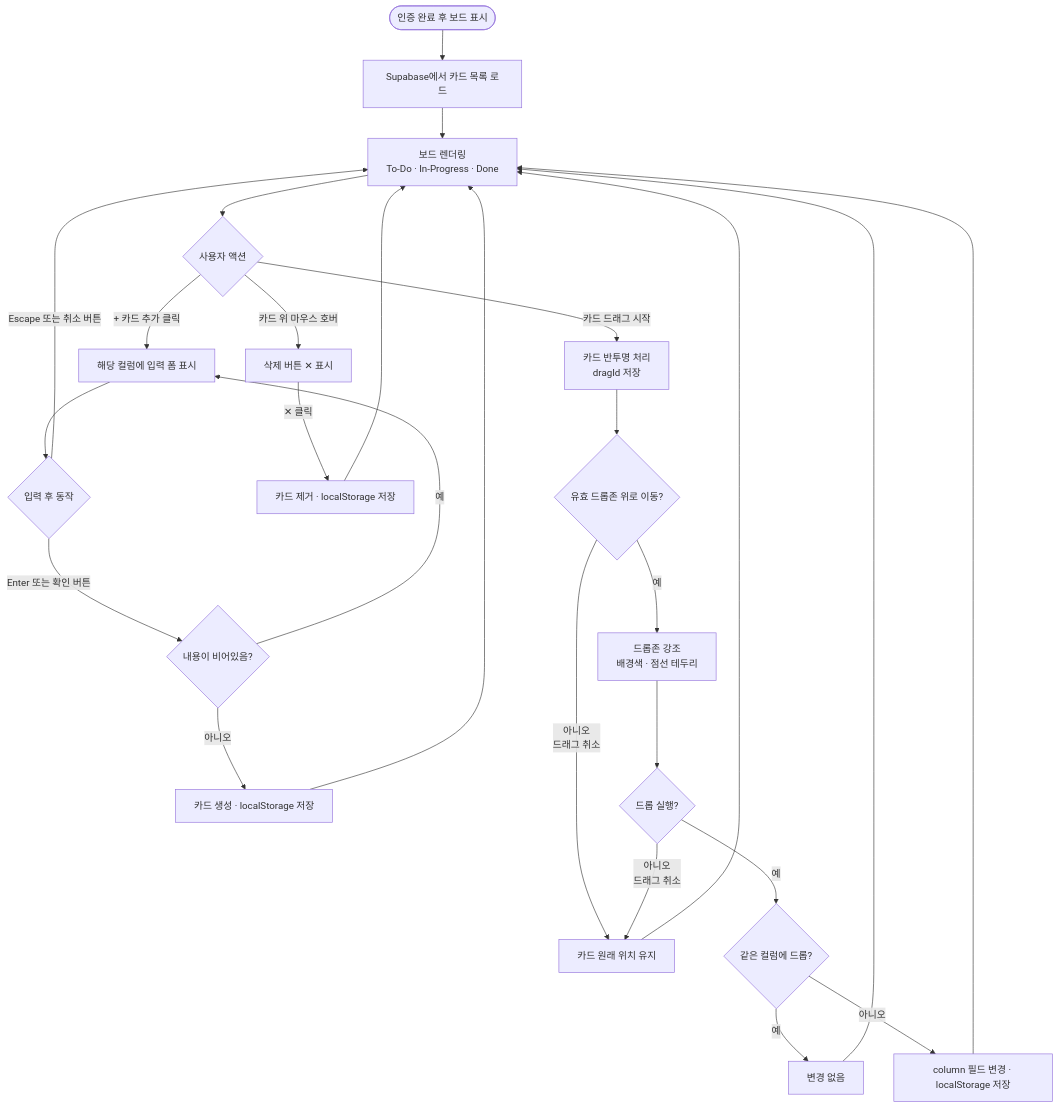
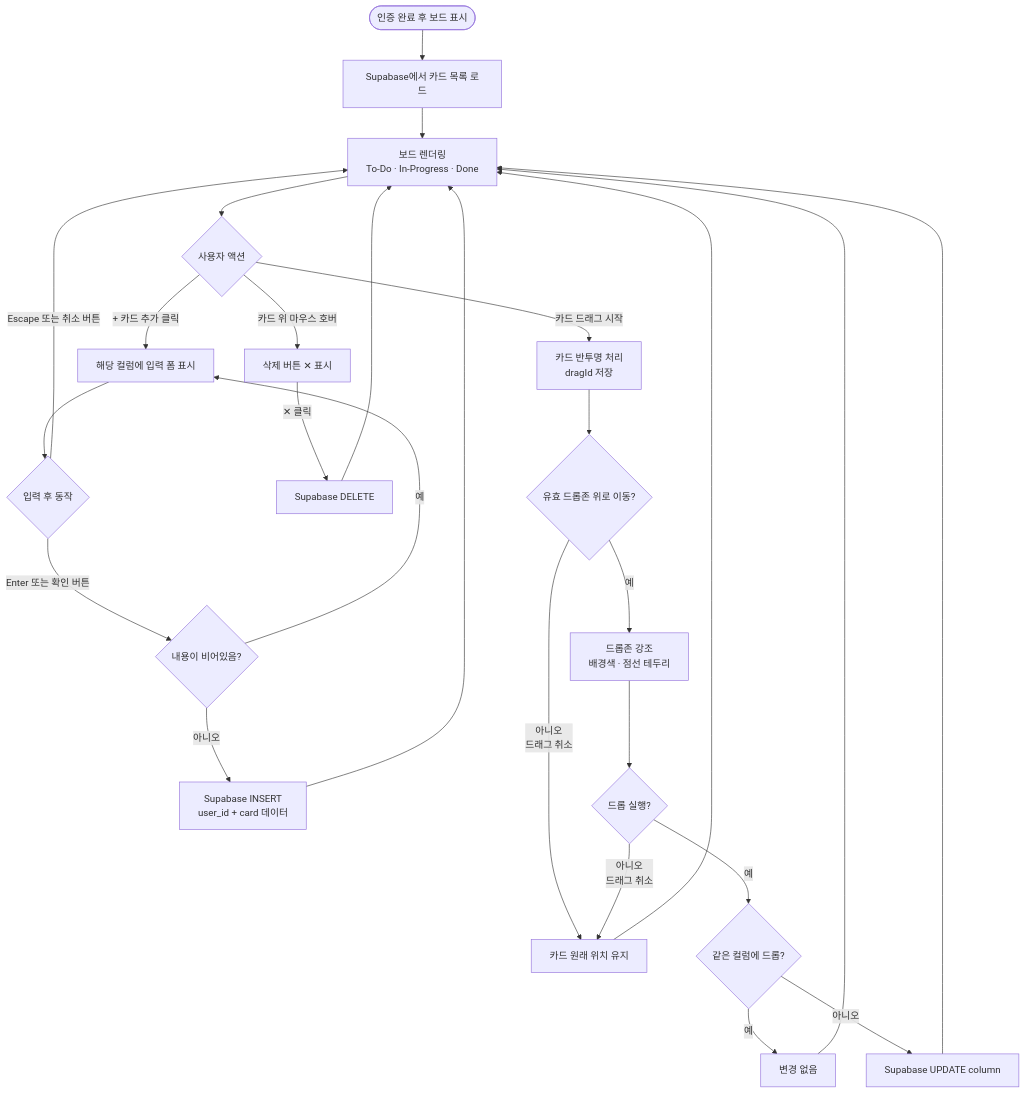
Before and after one commit to ksl3011/TEST_KANBAN: the second of 4 diagrams in UserFlow.md, drawn with Mermaid. The commit also changed other lines of this file and 6 other files, not shown here.

````diff
--- a/UserFlow.md
+++ b/UserFlow.md
@@ -36,35 +49,35 @@
 ```mermaid
 flowchart TD
     A([인증 완료 후 보드 표시]) --> B[Supabase에서 카드 목록 로드]
     B --> E[보드 렌더링\nTo-Do · In-Progress · Done]
 
     E --> F{사용자 액션}
 
     %% 카드 추가 흐름
     F -- "+ 카드 추가" 클릭 --> G[해당 컬럼에 입력 폼 표시]
     G --> H{입력 후 동작}
     H -- Enter 또는 확인 버튼 --> I{내용이 비어있음?}
-    I -- 아니오 --> J[카드 생성 · localStorage 저장]
+    I -- 아니오 --> J[Supabase INSERT\nuser_id + card 데이터]
     I -- 예 --> G
     J --> E
     H -- Escape 또는 취소 버튼 --> E
 
     %% 카드 삭제 흐름
     F -- 카드 위 마우스 호버 --> K[삭제 버튼 ✕ 표시]
-    K -- ✕ 클릭 --> L[카드 제거 · localStorage 저장]
+    K -- ✕ 클릭 --> L[Supabase DELETE]
     L --> E
 
     %% 드래그 앤 드롭 흐름
     F -- 카드 드래그 시작 --> M[카드 반투명 처리\ndragId 저장]
     M --> N{유효 드롭존 위로 이동?}
     N -- 예 --> O[드롭존 강조\n배경색 · 점선 테두리]
     N -- 아니오\n드래그 취소 --> P[카드 원래 위치 유지]
     P --> E
     O --> Q{드롭 실행?}
     Q -- 예 --> R{같은 컬럼에 드롭?}
     R -- 예 --> S[변경 없음]
-    R -- 아니오 --> T[column 필드 변경 · localStorage 저장]
+    R -- 아니오 --> T[Supabase UPDATE column]
     S --> E
     T --> E
     Q -- 아니오\n드래그 취소 --> P
 ```
````
